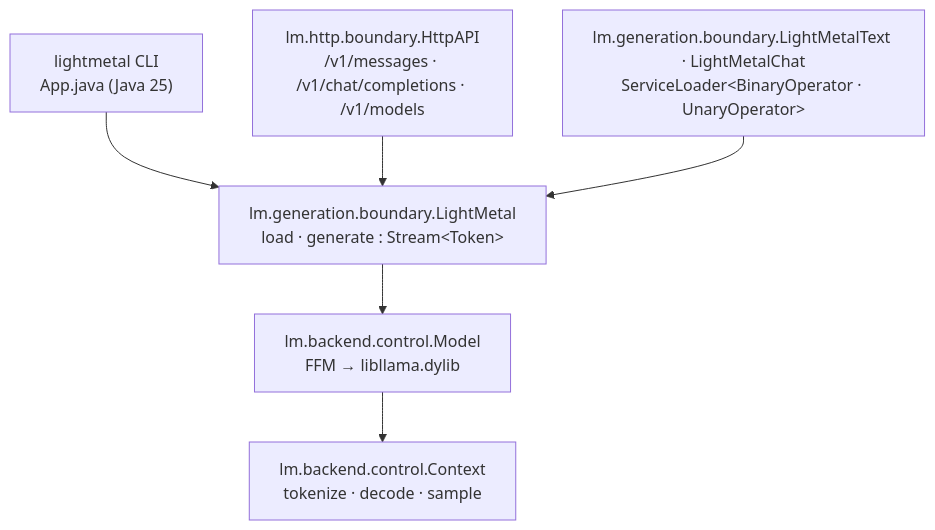
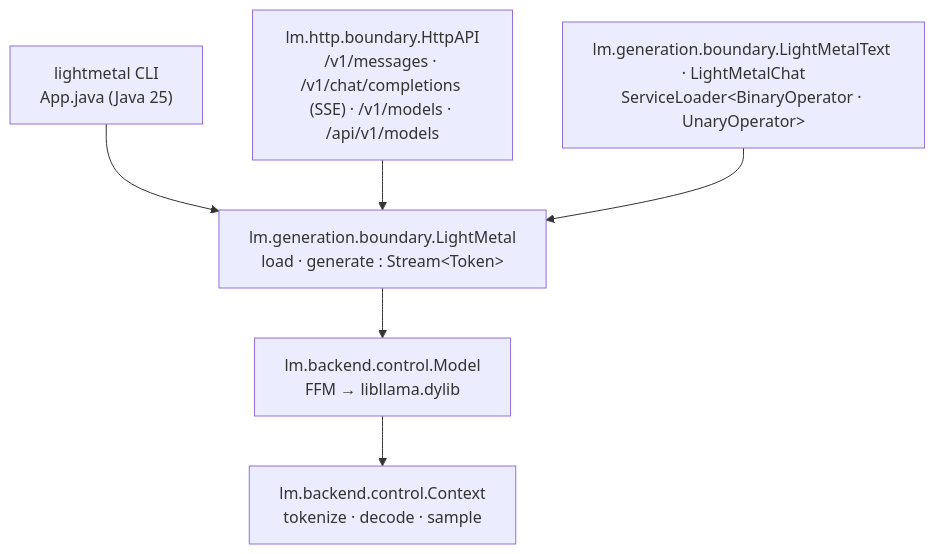
The diagram in README.md (nigol/lightmetal), drawn with Mermaid before and after one commit. The commit also changed other lines of this file and 1 other file, not shown here.

Commit message:
OpenAI SSE streaming + LM Studio model discovery

````diff
--- a/README.md
+++ b/README.md
@@ -207,14 +221,14 @@
 ```mermaid
 flowchart TD
     CLI["lightmetal CLI<br/>App.java (Java 25)"]
-    HTTP["lm.http.boundary.HttpAPI<br/>/v1/messages · /v1/chat/completions · /v1/models"]
+    HTTP["lm.http.boundary.HttpAPI<br/>/v1/messages · /v1/chat/completions (SSE) · /v1/models · /api/v1/models"]
     SPI["lm.generation.boundary.LightMetalText · LightMetalChat<br/>ServiceLoader&lt;BinaryOperator · UnaryOperator&gt;"]
     LM["lm.generation.boundary.LightMetal<br/>load · generate : Stream&lt;Token&gt;"]
     Model["lm.backend.control.Model<br/>FFM → libllama.dylib"]
     Context["lm.backend.control.Context<br/>tokenize · decode · sample"]
     CLI --> LM
     HTTP --> LM
     SPI --> LM
     LM --> Model
     Model --> Context
 ```
````
